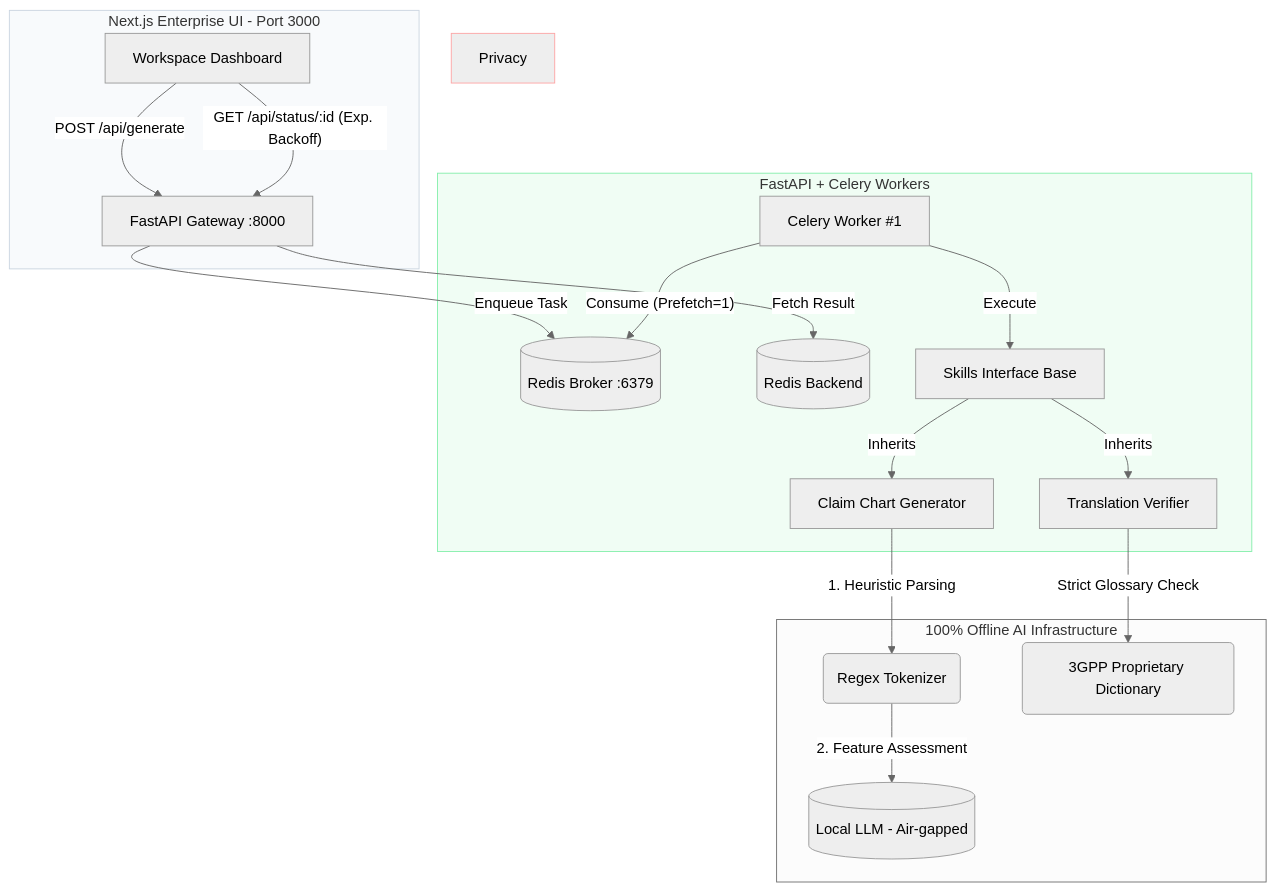
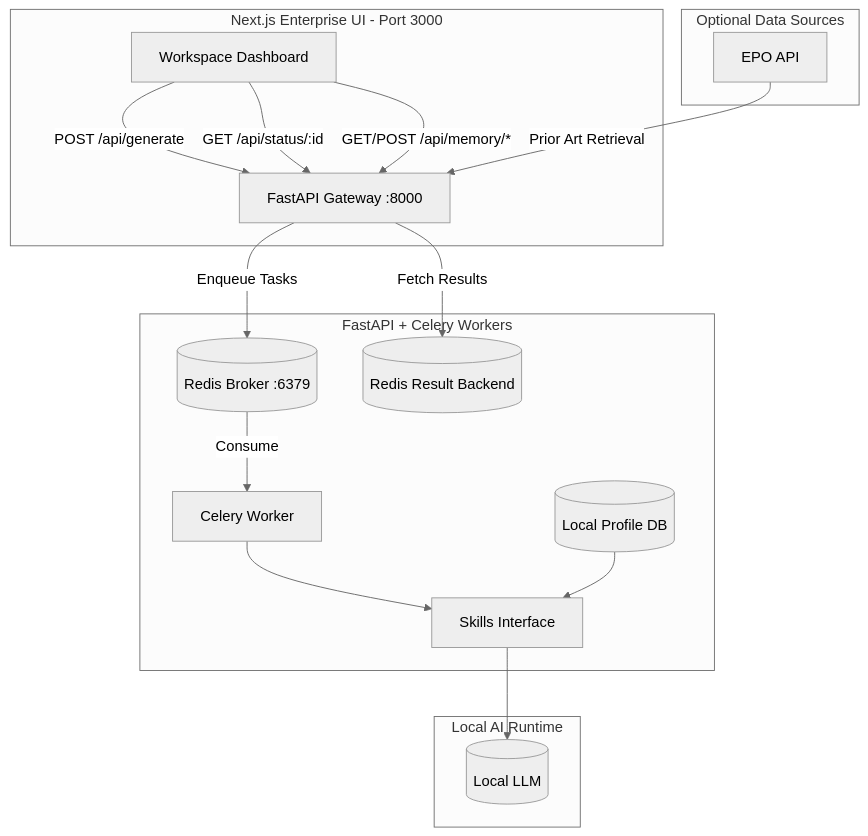
One commit to sinonchum/PatentFlow changed the diagram in README.md. Above: the diagram before and after it, drawn with Mermaid (neutral theme). The commit also changed other lines of this file and 7 other files, not shown here.

Commit message:
docs: update README and add local preference memory engine

````diff
--- a/README.md
+++ b/README.md
@@ -35,28 +51,26 @@
 ```mermaid
 graph TD
     subgraph Frontend [Next.js Enterprise UI - Port 3000]
-        UI[Workspace Dashboard] -->|"POST /api/generate"| API[FastAPI Gateway :8000]
-        UI -->|"GET /api/status/:id (Exp. Backoff)"| API
+        UI[Workspace Dashboard]
+        UI -->|POST /api/generate| API[FastAPI Gateway :8000]
+        UI -->|GET /api/status/:id| API
+        UI -->|GET/POST /api/memory/*| API
     end
 
     subgraph Backend [FastAPI + Celery Workers]
-        API -->|"Enqueue Task"| Broker[(Redis Broker :6379)]
-        API -->|"Fetch Result"| BackendRedis[(Redis Backend)]
-        
-        Worker1[Celery Worker #1] -->|"Consume (Prefetch=1)"| Broker
-        
-        Worker1 -->|"Execute"| Base[Skills Interface Base]
-        Base -->|"Inherits"| S1[Translation Verifier]
-        Base -->|"Inherits"| S2[Claim Chart Generator]
+        API -->|Enqueue Tasks| Broker[(Redis Broker :6379)]
+        API -->|Fetch Results| BackendRedis[(Redis Result Backend)]
+        Broker -->|Consume| Worker[Celery Worker]
+
+        Worker --> Skills[Skills Interface]
+        SQLite[(Local Profile DB)] --> Skills
     end
 
-    subgraph Privacy Layer [100% Offline AI Infrastructure]
-        S2 -->|"1. Heuristic Parsing"| Tokenizer(Regex Tokenizer)
-        Tokenizer -->|"2. Feature Assessment"| LLM[(Local LLM - Air-gapped)]
-        S1 -->|"Strict Glossary Check"| Dict(3GPP Proprietary Dictionary)
+    subgraph External [Optional Data Sources]
+        EPO[EPO API] -->|Prior Art Retrieval| API
     end
 
-    style Frontend fill:#f8fafc,stroke:#cbd5e1
-    style Backend fill:#f0fdf4,stroke:#86efac
-    style Privacy Layer fill:#fef2f2,stroke:#fca5a5
+    subgraph AI [Local AI Runtime]
+        Skills --> LLM[(Local LLM)]
+    end
 ```
````
